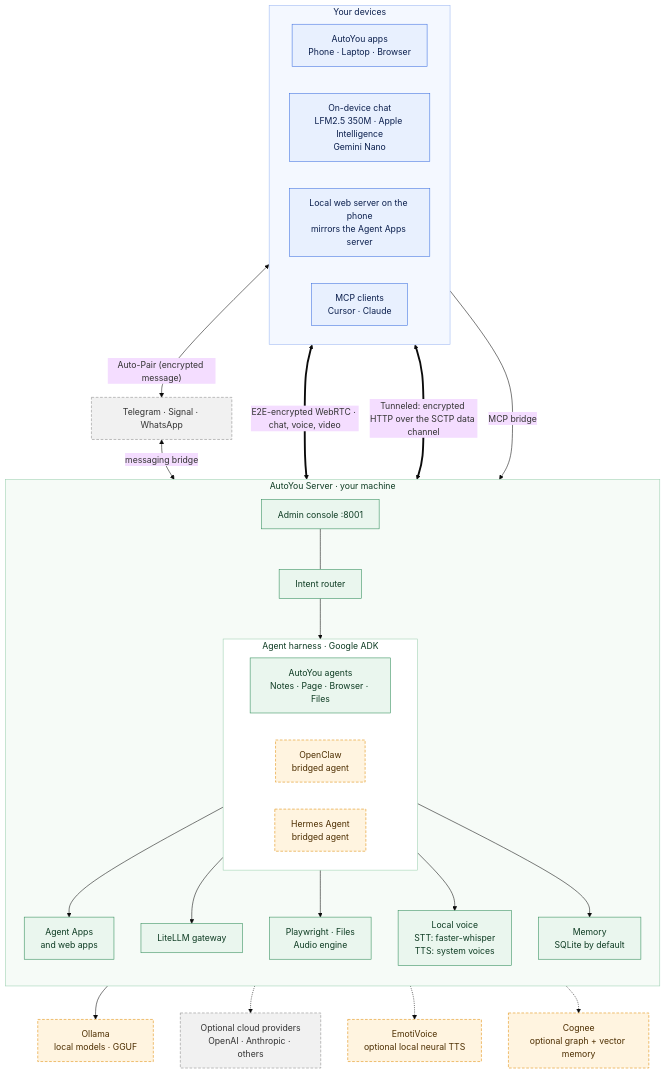
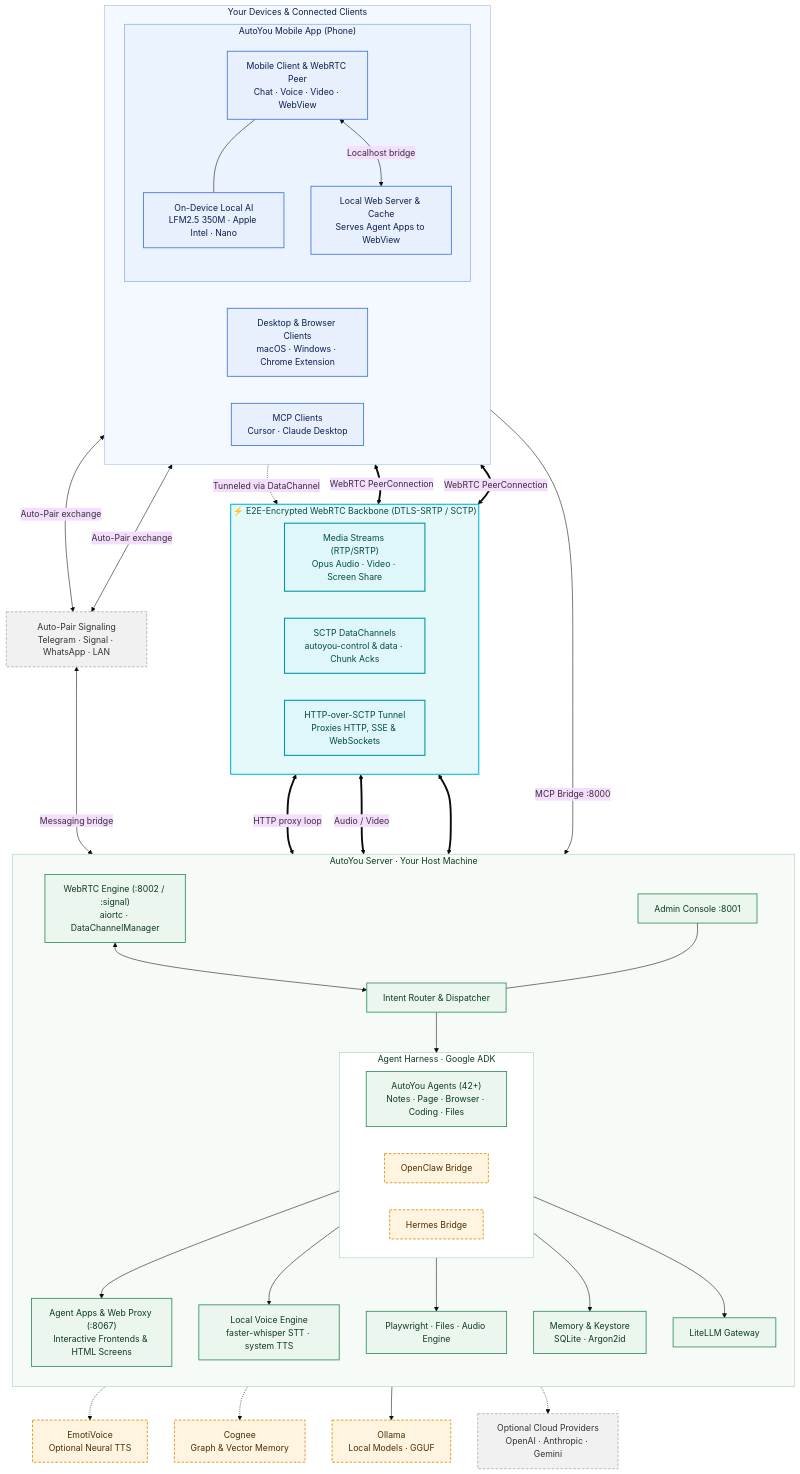
The diagram in docs/images/architecture.mmd (autoyou-ai/AutoYou-Server), drawn with Mermaid (base theme) before and after one commit. The commit also changed 8 other files, not shown here.

Commit message:
docs: overhaul architecture diagram with WebRTC backbone, highlight devserver token savings, and fix repo leaks

```diff
--- a/docs/images/architecture.mmd
+++ b/docs/images/architecture.mmd
@@ -1,67 +1,94 @@
-%% AutoYou architecture (light palette). Edit this file, then re-render the README image with:
-%%   npx @mermaid-js/mermaid-cli -i docs/images/architecture.mmd -o docs/images/architecture-light.png -c docs/images/architecture-render-config.json -b white -s 2 -w 1100
-%% Keep architecture.mmd (light) and architecture-dark.mmd in step; only the classDef and style colors differ.
+%% AutoYou architecture (light palette)
 flowchart TB
-    classDef you fill:#e8f0fe,stroke:#3b6fe0,color:#0b1f4d
-    classDef core fill:#eaf6ee,stroke:#2e8b57,color:#0d3b22
-    classDef vendor fill:#fff4e0,stroke:#e08a00,stroke-dasharray:5 3,color:#4d2e00
-    classDef cloud fill:#f1f1f1,stroke:#888,stroke-dasharray:5 3,color:#333
+    classDef clientNode fill:#e8f0fe,stroke:#3b6fe0,stroke-width:1.5px,color:#0b1f4d
+    classDef serverCore fill:#eaf6ee,stroke:#2e8b57,stroke-width:1.5px,color:#0d3b22
+    classDef webrtcPipe fill:#e0f7fa,stroke:#0097a7,stroke-width:2px,color:#004d40
+    classDef extNode fill:#fff4e0,stroke:#e08a00,stroke-dasharray:5 3,stroke-width:1.5px,color:#4d2e00
+    classDef bridgeNode fill:#f1f1f1,stroke:#888,stroke-dasharray:5 3,color:#333
 
-    subgraph you["Your devices"]
+    subgraph clients["Your Devices & Connected Clients"]
         direction LR
-        apps["AutoYou apps<br/>Phone · Laptop · Browser"]
-        localchat["On-device chat<br/>LFM2.5 350M · Apple Intelligence<br/>Gemini Nano"]
-        phoneweb["Local web server on the phone<br/>mirrors the Agent Apps server"]
-        mcp["MCP clients<br/>Cursor · Claude"]
+        subgraph phone["AutoYou Mobile App (Phone)"]
+            direction TB
+            phoneUI["Mobile Client & WebRTC Peer<br/>Chat · Voice · Video · WebView"]
+            localchat["On-Device Local AI<br/>LFM2.5 350M · Apple Intel · Nano"]
+            phoneweb["Local Web Server & Cache<br/>Serves Agent Apps to WebView"]
+            phoneUI --- localchat
+            phoneUI <-->|"Localhost bridge"| phoneweb
+        end
+        desktopApp["Desktop & Browser Clients<br/>macOS · Windows · Chrome Extension"]
+        mcp["MCP Clients<br/>Cursor · Claude Desktop"]
     end
 
-    msg["Telegram · Signal · WhatsApp"]
+    signaling["Auto-Pair Signaling<br/>Telegram · Signal · WhatsApp · LAN"]
 
-    subgraph server["AutoYou Server · your machine"]
-        direction TB
-        router["Intent router"]
-        admin["Admin console :8001"]
-        subgraph harness["Agent harness · Google ADK"]
-            direction LR
-            own["AutoYou agents<br/>Notes · Page · Browser · Files"]
-            oc["OpenClaw<br/>bridged agent"]
-            hermes["Hermes Agent<br/>bridged agent"]
-        end
-        webapps["Agent Apps<br/>and web apps"]
-        llm["LiteLLM gateway"]
-        tools["Playwright · Files<br/>Audio engine"]
-        voice["Local voice<br/>STT: faster-whisper<br/>TTS: system voices"]
-        mem["Memory<br/>SQLite by default"]
-        router --> harness
-        admin --- router
-        harness --> llm
-        harness --> tools
-        harness --> voice
-        harness --> mem
-        own --> webapps
+    subgraph webrtcSection["⚡ E2E-Encrypted WebRTC Backbone (DTLS-SRTP / SCTP)"]
+        direction LR
+        mediaStream["Media Streams (RTP/SRTP)<br/>Opus Audio · Video · Screen Share"]
+        dataChannel["SCTP DataChannels<br/>autoyou-control & data · Chunk Acks"]
+        httpTunnel["HTTP-over-SCTP Tunnel<br/>Proxies HTTP, SSE & WebSockets"]
     end
 
-    ollama["Ollama<br/>local models · GGUF"]
-    cloud["Optional cloud providers<br/>OpenAI · Anthropic · others"]
-    emoti["EmotiVoice<br/>optional local neural TTS"]
-    cognee["Cognee<br/>optional graph + vector memory"]
+    subgraph server["AutoYou Server · Your Host Machine"]
+        direction TB
+        webrtcEngine["WebRTC Engine (:8002 / :signal)<br/>aiortc · DataChannelManager"]
+        router["Intent Router & Dispatcher"]
+        admin["Admin Console :8001"]
 
-    apps <-->|"Auto-Pair (encrypted message)"| msg
-    msg <-->|"messaging bridge"| router
-    apps <==>|"E2E-encrypted WebRTC · chat, voice, video"| router
-    phoneweb <==>|"Tunneled: encrypted HTTP over the SCTP data channel"| webapps
-    mcp -->|"MCP bridge"| router
+        subgraph harness["Agent Harness · Google ADK"]
+            direction LR
+            agents["AutoYou Agents (42+)<br/>Notes · Page · Browser · Coding · Files"]
+            oc["OpenClaw Bridge"]
+            hermes["Hermes Bridge"]
+        end
 
+        webapps["Agent Apps & Web Proxy (:8067)<br/>Interactive Frontends & HTML Screens"]
+        voice["Local Voice Engine<br/>faster-whisper STT · system TTS"]
+        tools["Playwright · Files · Audio Engine"]
+        mem["Memory & Keystore<br/>SQLite · Argon2id"]
+        llm["LiteLLM Gateway"]
+
+        webrtcEngine <--> router
+        admin --- router
+        router --> harness
+        harness --> webapps
+        harness --> voice
+        harness --> tools
+        harness --> mem
+        harness --> llm
+    end
+
+    emoti["EmotiVoice<br/>Optional Neural TTS"]
+    cognee["Cognee<br/>Graph & Vector Memory"]
+    ollama["Ollama<br/>Local Models · GGUF"]
+    cloud["Optional Cloud Providers<br/>OpenAI · Anthropic · Gemini"]
+
+    phoneUI <-->|"Auto-Pair exchange"| signaling
+    desktopApp <-->|"Auto-Pair exchange"| signaling
+    signaling <-->|"Messaging bridge"| router
+    mcp -->|"MCP Bridge :8000"| router
+
+    phoneUI <==>|"WebRTC PeerConnection"| webrtcSection
+    desktopApp <==>|"WebRTC PeerConnection"| webrtcSection
+    webrtcSection <==> webrtcEngine
+
+    phoneweb -.->|"Tunneled via DataChannel"| httpTunnel
+    httpTunnel <===>|"HTTP proxy loop"| webapps
+    mediaStream <===>|"Audio / Video"| voice
+
+    voice -.-> emoti
+    mem -.-> cognee
     llm --> ollama
     llm -.-> cloud
-    voice -.-> emoti
-    mem -.-> cognee
 
-    class apps,localchat,phoneweb,mcp you
-    class admin,router,own,webapps,llm,voice,mem,tools core
-    class oc,hermes,ollama,emoti,cognee vendor
-    class cloud,msg cloud
+    class phoneUI,desktopApp,localchat,phoneweb,mcp clientNode
+    class webrtcSection,mediaStream,dataChannel,httpTunnel webrtcPipe
+    class webrtcEngine,admin,router,agents,webapps,llm,voice,mem,tools serverCore
+    class oc,hermes,ollama,emoti,cognee extNode
+    class cloud,signaling bridgeNode
 
-    style you fill:#f4f8ff,stroke:#9db8f2,color:#0b1f4d
+    style clients fill:#f4f8ff,stroke:#9db8f2,color:#0b1f4d
+    style phone fill:#ebf3ff,stroke:#6495ed,color:#0b1f4d
+    style webrtcSection fill:#e6f9fa,stroke:#00bcd4,color:#004d40
     style server fill:#f6fbf7,stroke:#9ccfb0,color:#0d3b22
     style harness fill:#ffffff,stroke:#9ccfb0,color:#0d3b22
```
